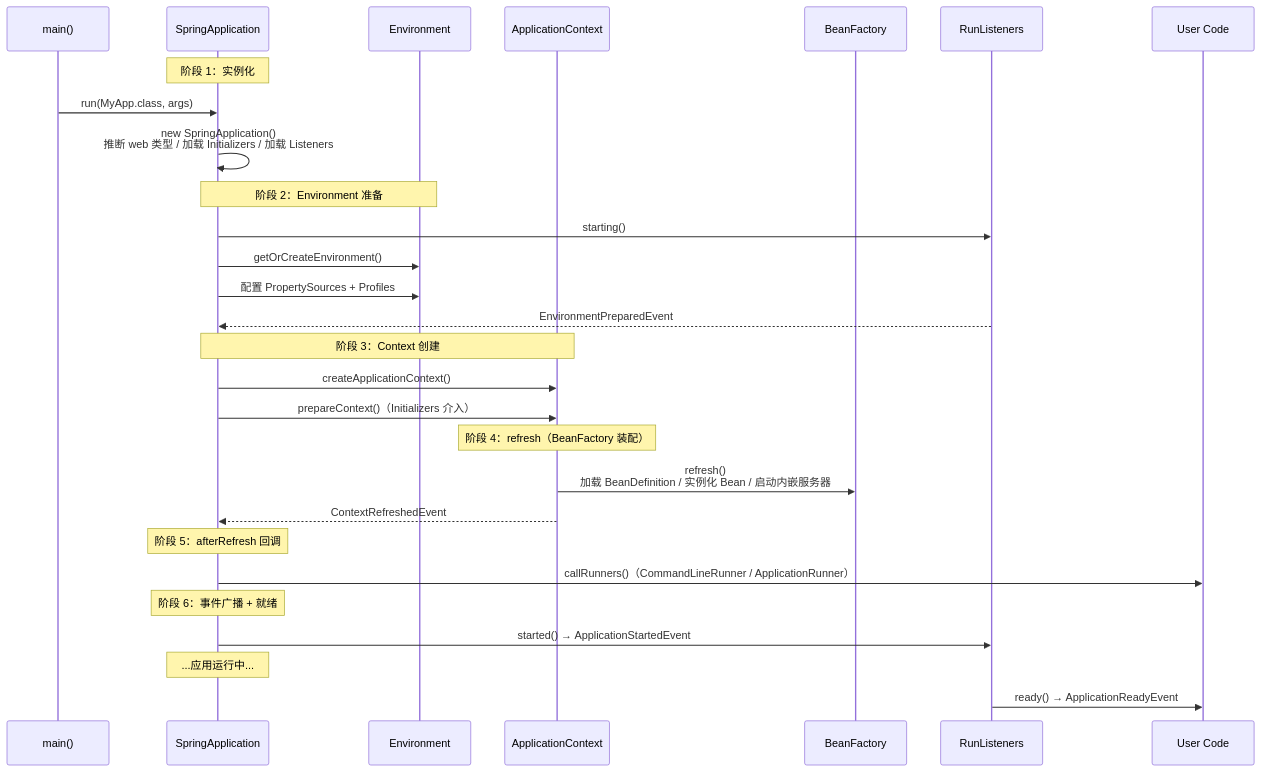
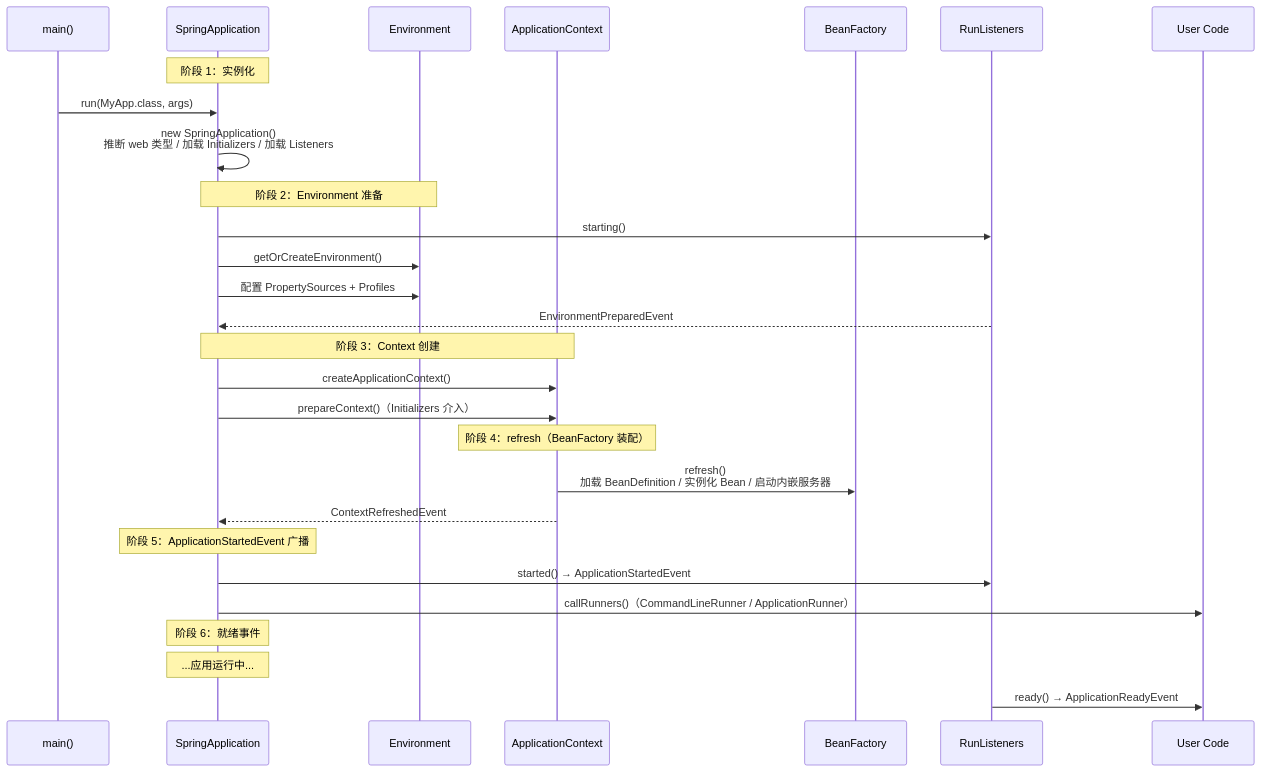
One commit to wb04307201/note changed the diagram in 04.spring-backend/02-boot/startup-flow.md. Above: the diagram before and after it, drawn with Mermaid. The commit also changed other lines of this file and 2 other files, not shown here.

````diff
--- a/04.spring-backend/02-boot/startup-flow.md
+++ b/04.spring-backend/02-boot/startup-flow.md
@@ -27,36 +27,36 @@
 ```mermaid
 sequenceDiagram
     participant Main as main()
     participant SA as SpringApplication
     participant Env as Environment
     participant Ctx as ApplicationContext
     participant BF as BeanFactory
     participant Listener as RunListeners
     participant User as User Code
 
     Note over SA: 阶段 1：实例化
     Main->>SA: run(MyApp.class, args)
     SA->>SA: new SpringApplication()<br/>推断 web 类型 / 加载 Initializers / 加载 Listeners
 
     Note over SA,Env: 阶段 2：Environment 准备
     SA->>Listener: starting()
     SA->>Env: getOrCreateEnvironment()
     SA->>Env: 配置 PropertySources + Profiles
     Listener-->>SA: EnvironmentPreparedEvent
 
     Note over SA,Ctx: 阶段 3：Context 创建
     SA->>Ctx: createApplicationContext()
     SA->>Ctx: prepareContext()（Initializers 介入）
 
     Note over Ctx: 阶段 4：refresh（BeanFactory 装配）
     Ctx->>BF: refresh()<br/>加载 BeanDefinition / 实例化 Bean / 启动内嵌服务器
     Ctx-->>SA: ContextRefreshedEvent
 
-    Note over SA: 阶段 5：afterRefresh 回调
+    Note over SA: 阶段 5：ApplicationStartedEvent 广播
+    SA->>Listener: started() → ApplicationStartedEvent
     SA->>User: callRunners()（CommandLineRunner / ApplicationRunner）
 
-    Note over SA: 阶段 6：事件广播 + 就绪
-    SA->>Listener: started() → ApplicationStartedEvent
+    Note over SA: 阶段 6：就绪事件
     Note over SA: ...应用运行中...
     Listener->>User: ready() → ApplicationReadyEvent
 ```
````
